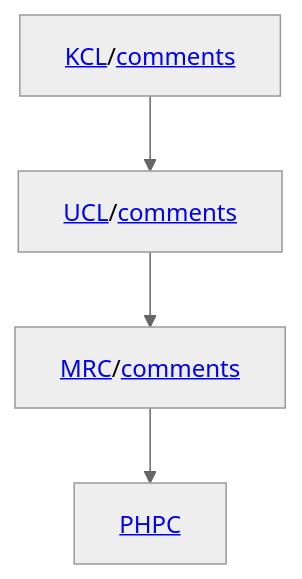
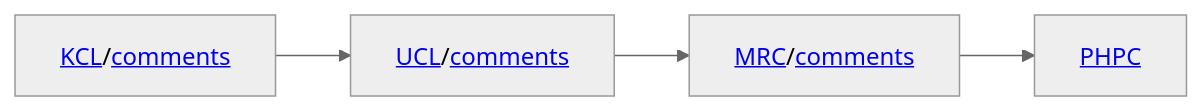
Before and after one commit to jinghuazhao/jinghuazhao.githubio.io: the second of 2 diagrams in docs/work.md, drawn with Mermaid (neutral theme). The commit also changed 1 other file, not shown here.

````diff
--- a/docs/work.md
+++ b/docs/work.md
@@ -99,8 +99,8 @@
 ```mermaid
-graph TD
+graph LR
 KCL[<a href="https://jinghuazhao.github.io/kcllinks.html">KCL</a>/<a href="https://jinghuazhao.github.io/iop/comments.txt">comments</a>]
 UCL[<a href="https://jinghuazhao.github.io/ucllinks.html">UCL</a>/<a href="https://jinghuazhao.github.io/ucl/comments.txt">comments</a>]
 MRC[<a href="https://jinghuazhao.github.io/mrclinks.html">MRC</a>/<a href="https://jinghuazhao.github.io/mrc/comments.txt">comments</a>]
 PHPC[<a href="https://jinghuazhao.github.io/phpclinks.html">PHPC</a>]
 KCL --> UCL --> MRC --> PHPC
 ```
````
